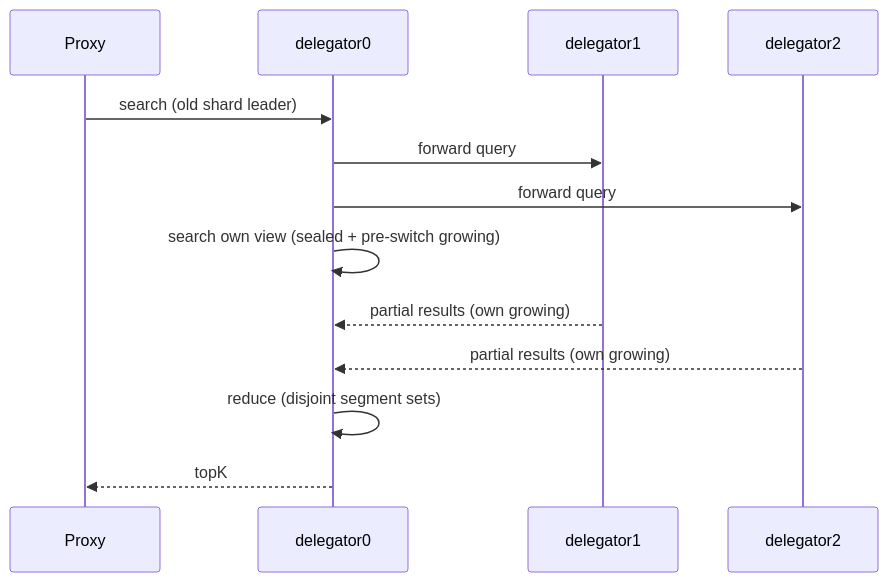
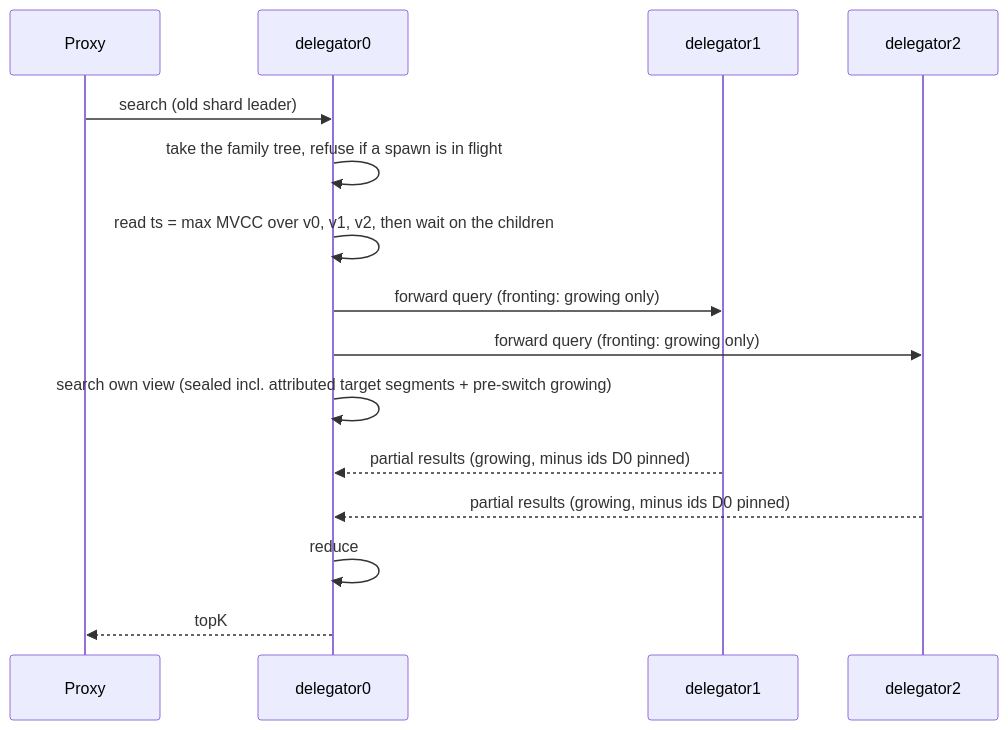
One commit to milvus-io/milvus changed the third of 4 diagrams in docs/design-docs/design_docs/20260610-shard_split.md. Above: the diagram before and after it, drawn with Mermaid. The commit also changed other lines of this file and 1 other file, not shown here.

First line of the commit message:
doc: align the shard split design with the rewrite, read-path and Done decisions

````diff
--- a/docs/design-docs/design_docs/20260610-shard_split.md
+++ b/docs/design-docs/design_docs/20260610-shard_split.md
@@ -711,15 +817,17 @@
 ```mermaid
 sequenceDiagram
     participant PX as Proxy
     participant D0 as delegator0
     participant D1 as delegator1
     participant D2 as delegator2
     PX->>D0: search (old shard leader)
-    D0->>D1: forward query
-    D0->>D2: forward query
-    D0->>D0: search own view (sealed + pre-switch growing)
-    D1-->>D0: partial results (own growing)
-    D2-->>D0: partial results (own growing)
-    D0->>D0: reduce (disjoint segment sets)
+    D0->>D0: take the family tree, refuse if a spawn is in flight
+    D0->>D0: read ts = max MVCC over v0, v1, v2, then wait on the children
+    D0->>D1: forward query (fronting: growing only)
+    D0->>D2: forward query (fronting: growing only)
+    D0->>D0: search own view (sealed incl. attributed target segments + pre-switch growing)
+    D1-->>D0: partial results (growing, minus ids D0 pinned)
+    D2-->>D0: partial results (growing, minus ids D0 pinned)
+    D0->>D0: reduce
     D0-->>PX: topK
 ```
````
